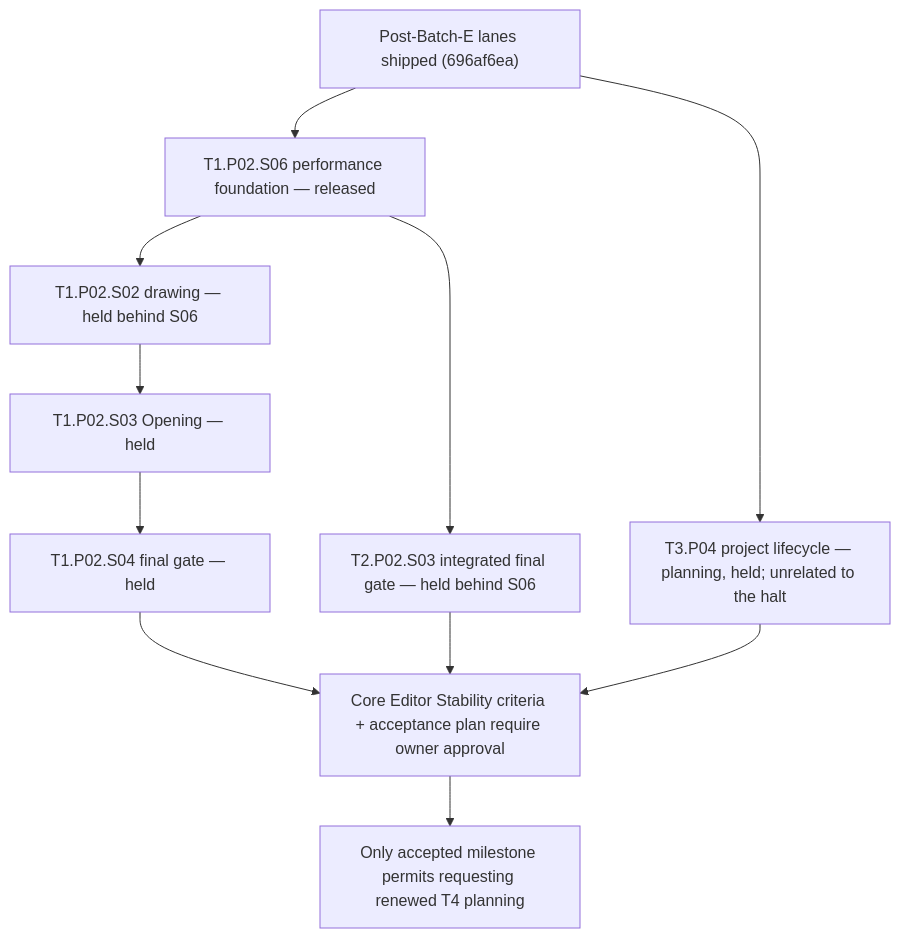
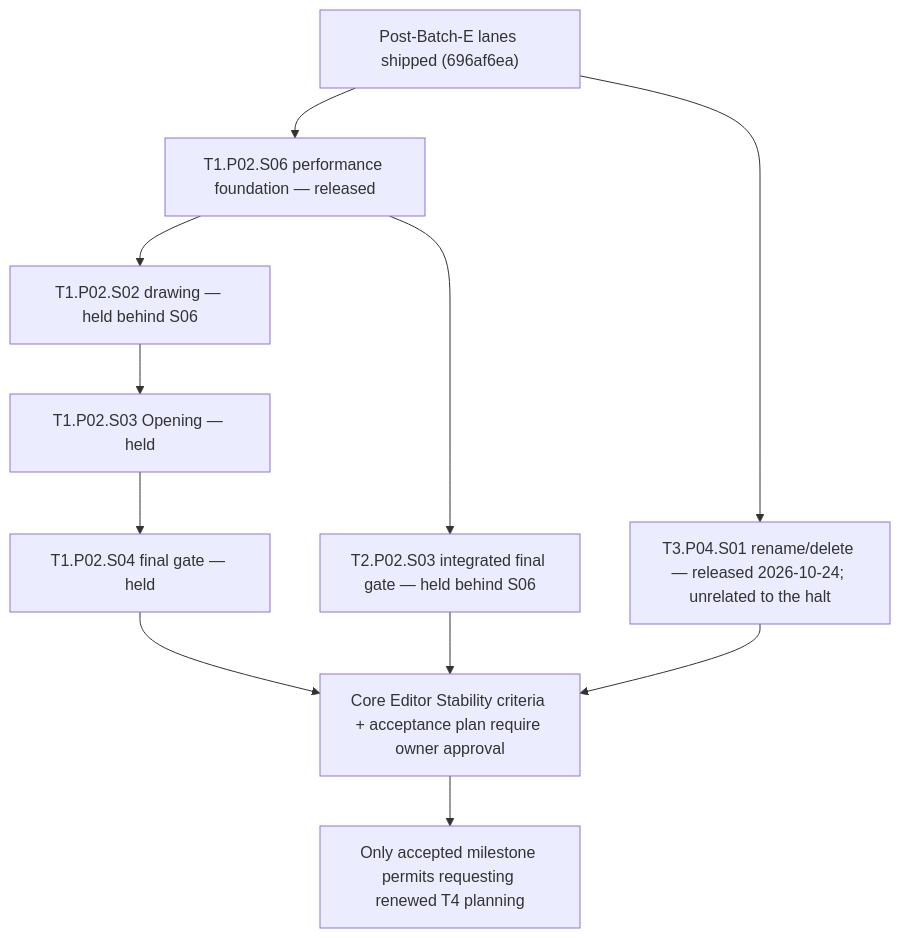
One commit to Biskiq/spatial-sketch-editor changed the diagram in docs/roadmap/cross-track-execution.md. Above: the diagram before and after it, drawn with Mermaid. The commit also changed other lines of this file and 14 other files, not shown here.

````diff
--- a/docs/roadmap/cross-track-execution.md
+++ b/docs/roadmap/cross-track-execution.md
@@ -72,14 +72,14 @@
 ```mermaid
 flowchart TD
   B["Post-Batch-E lanes shipped (696af6ea)"]
   B --> P["T1.P02.S06 performance foundation — released"]
   P --> D["T1.P02.S02 drawing — held behind S06"]
   D --> O["T1.P02.S03 Opening — held"]
   O --> F["T1.P02.S04 final gate — held"]
   P --> IF["T2.P02.S03 integrated final gate — held behind S06"]
-  B --> C["T3.P04 project lifecycle — planning, held; unrelated to the halt"]
+  B --> C["T3.P04.S01 rename/delete — released 2026-10-24; unrelated to the halt"]
   F --> CES["Core Editor Stability criteria + acceptance plan require owner approval"]
   IF --> CES
   C --> CES
   CES --> T4["Only accepted milestone permits requesting renewed T4 planning"]
 ```
````
